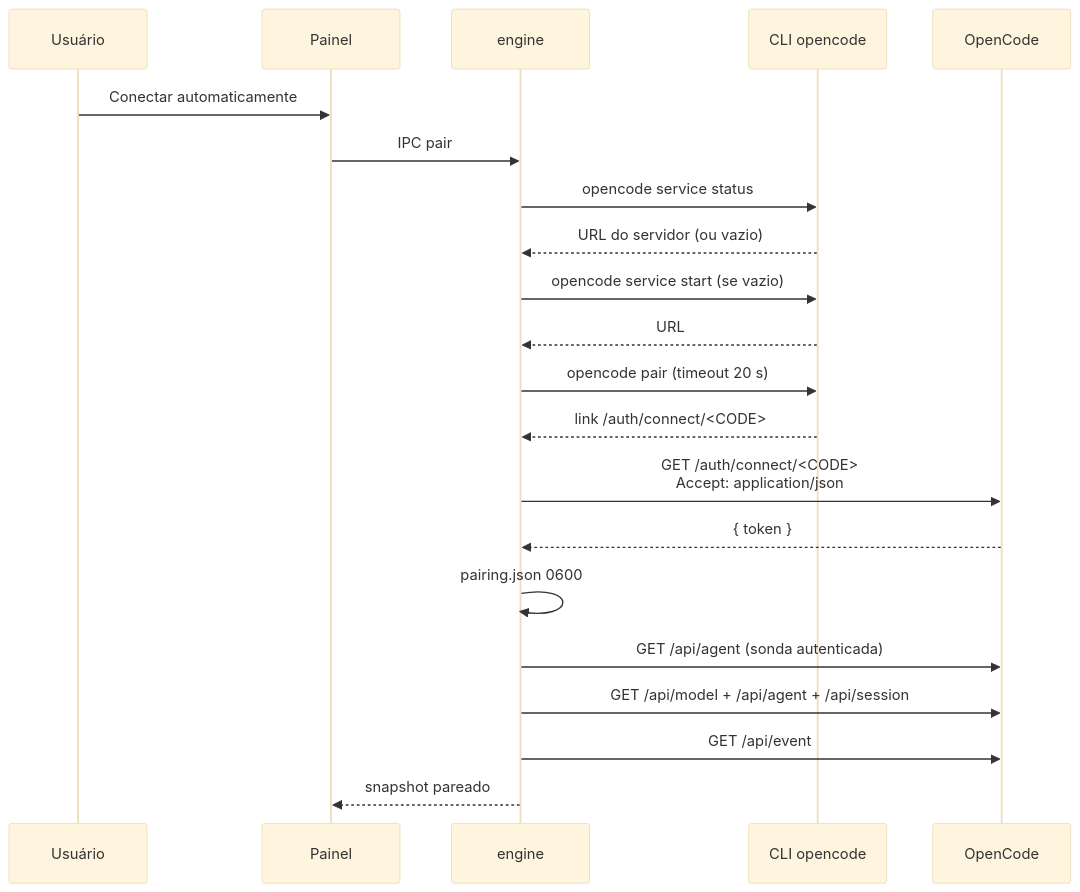
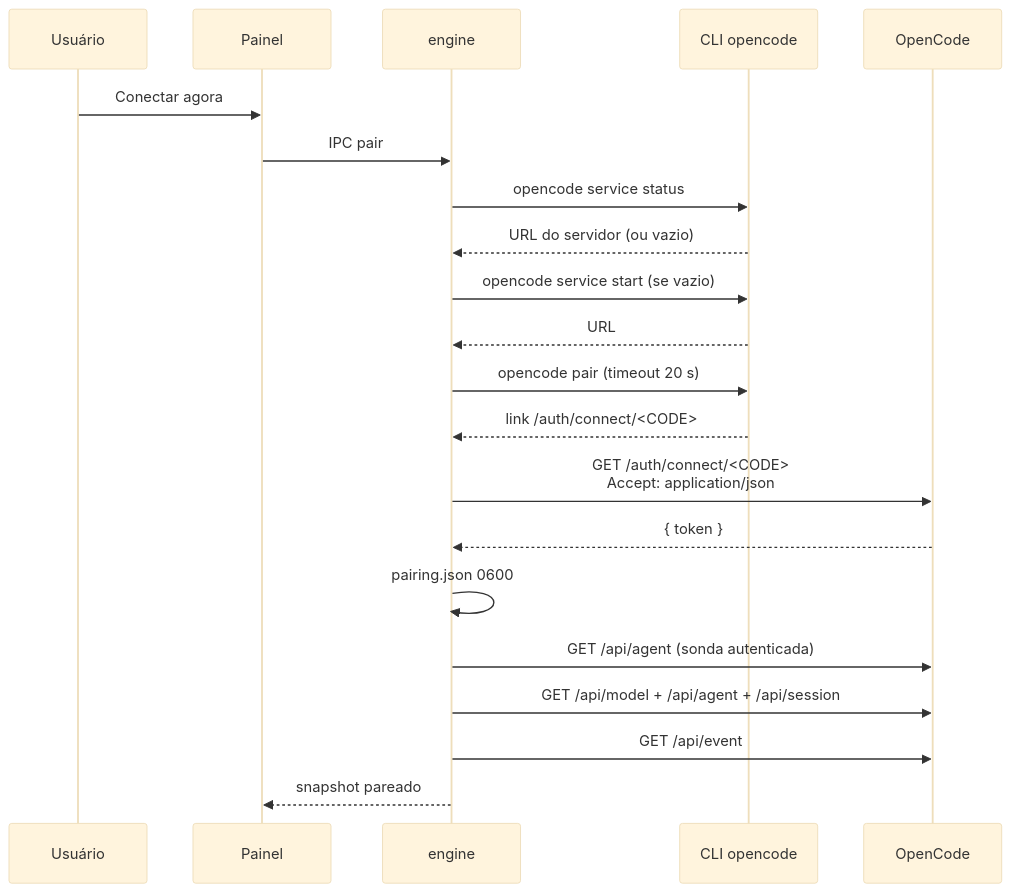
One commit to marcos2872/msbos-ai-chat changed the second of 3 diagrams in docs/conexao.md. Above: the diagram before and after it, drawn with Mermaid (base theme). The commit also changed other lines of this file and 6 other files, not shown here.

````diff
--- a/docs/conexao.md
+++ b/docs/conexao.md
@@ -33,24 +33,24 @@
 ```mermaid
 sequenceDiagram
     participant U as Usuário
     participant P as Painel
     participant E as engine
     participant CLI as CLI opencode
     participant OC as OpenCode
 
-    U->>P: Conectar automaticamente
+    U->>P: Conectar agora
     P->>E: IPC pair
     E->>CLI: opencode service status
     CLI-->>E: URL do servidor (ou vazio)
     E->>CLI: opencode service start (se vazio)
     CLI-->>E: URL
     E->>CLI: opencode pair (timeout 20 s)
     CLI-->>E: link /auth/connect/<CODE>
     E->>OC: GET /auth/connect/<CODE><br/>Accept: application/json
     OC-->>E: { token }
     E->>E: pairing.json 0600
     E->>OC: GET /api/agent (sonda autenticada)
     E->>OC: GET /api/model + /api/agent + /api/session
     E->>OC: GET /api/event
     E-->>P: snapshot pareado
 ```
````
